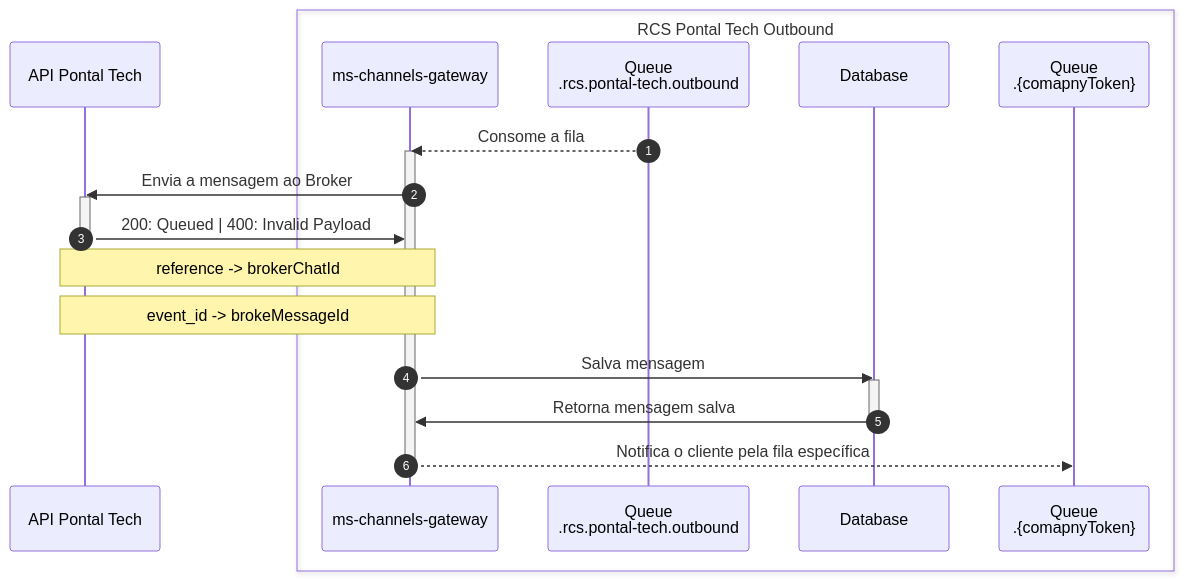
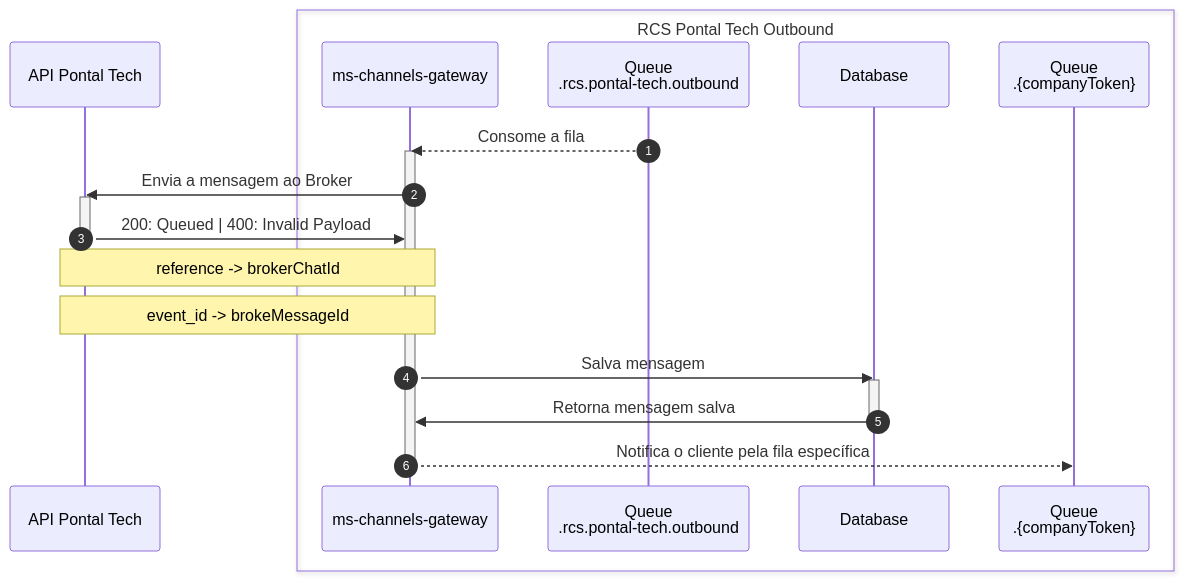
One commit to digitalkcxm/ms-channels-gateway changed the second of 2 diagrams in README.md. Above: the diagram before and after it, drawn with Mermaid. The commit also changed 2 other files, not shown here.

Commit message:
docs: documentation of outbound process with flow diagrams

````diff
--- a/README.md
+++ b/README.md
@@ -114,25 +114,25 @@
 ```mermaid
 sequenceDiagram
   autonumber
   participant api-pontaltech as API Pontal Tech
   box RCS Pontal Tech Outbound
   participant mcg as ms-channels-gateway
   participant ex-out as Queue <br>.rcs.pontal-tech.outbound
   participant db as Database
-  participant sync as Queue<br>.{comapnyToken}
+  participant sync as Queue<br>.{companyToken}
   end
   ex-out-->>mcg: Consome a fila
   activate mcg
   mcg->>api-pontaltech: Envia a mensagem ao Broker
   activate api-pontaltech
   api-pontaltech->>mcg: 200: Queued | 400: Invalid Payload
   deactivate api-pontaltech
   note over mcg,api-pontaltech: reference -> brokerChatId
   note over mcg,api-pontaltech: event_id -> brokeMessageId
   mcg->>db: Salva mensagem
   activate db
   db->>mcg: Retorna mensagem salva
   deactivate db
   mcg-->>sync: Notifica o cliente pela fila específica
   deactivate mcg
 ```
````
